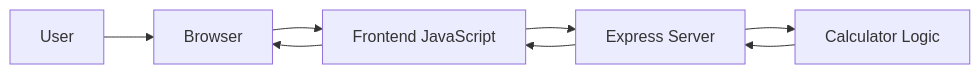
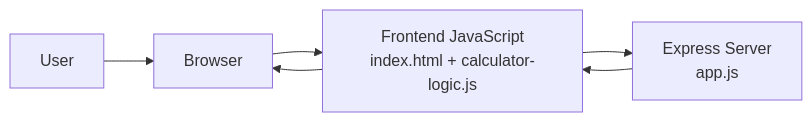
One commit to byumerrill/is404-cougarcalc changed the first of 3 diagrams in docs/README.md. Above: the diagram before and after it, drawn with Mermaid. The commit also changed other lines of this file and 10 other files, not shown here.

````diff
--- a/docs/README.md
+++ b/docs/README.md
@@ -36,10 +36,8 @@
 ```mermaid
 flowchart LR
     A[User] --> B[Browser]
-    B --> C[Frontend JavaScript]
-    C --> D[Express Server]
-    D --> E[Calculator Logic]
-    E --> D
+    B --> C[Frontend JavaScript<br/>index.html + calculator-logic.js]
+    C --> D[Express Server<br/>app.js]
     D --> C
     C --> B
 ```
````
